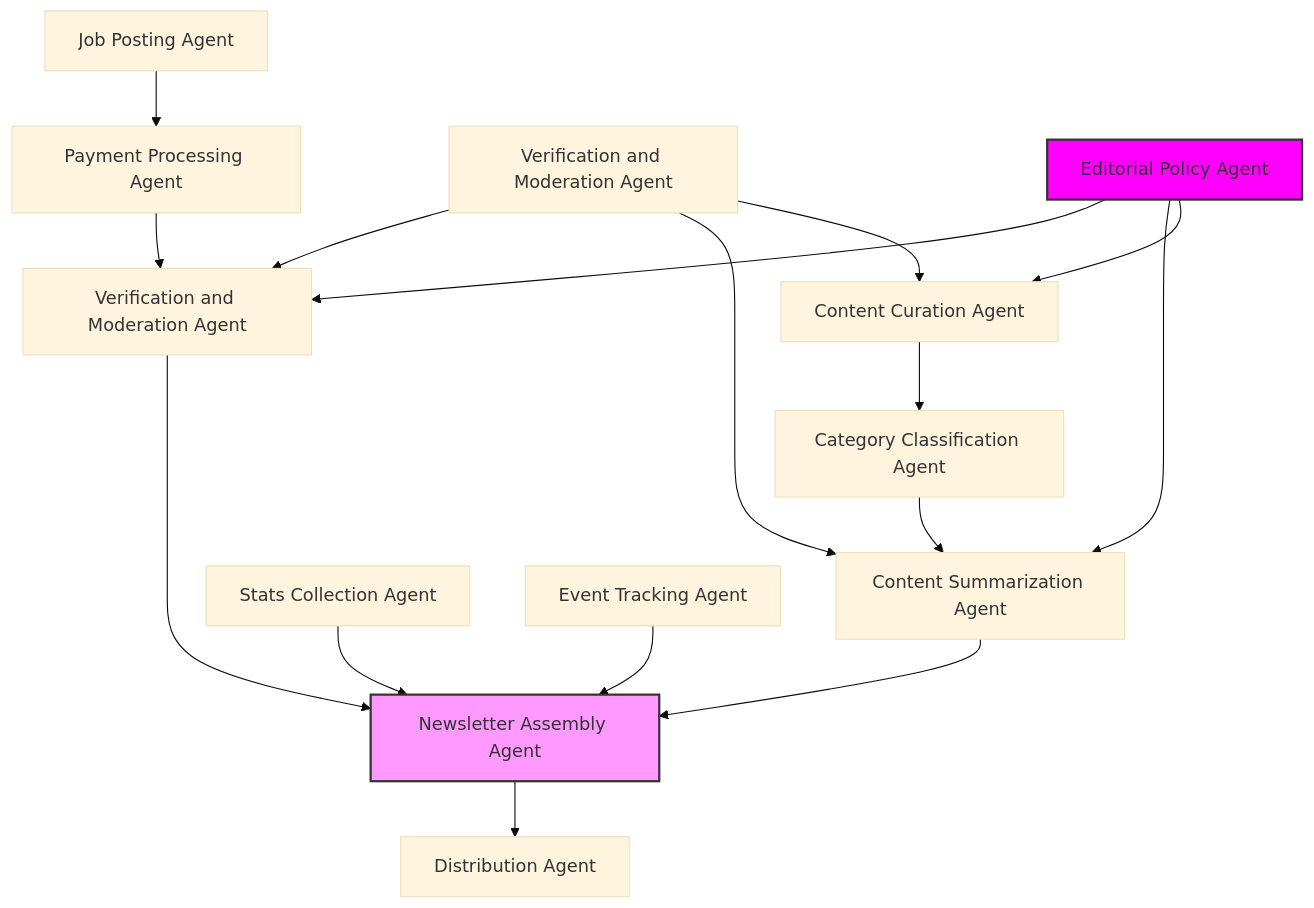
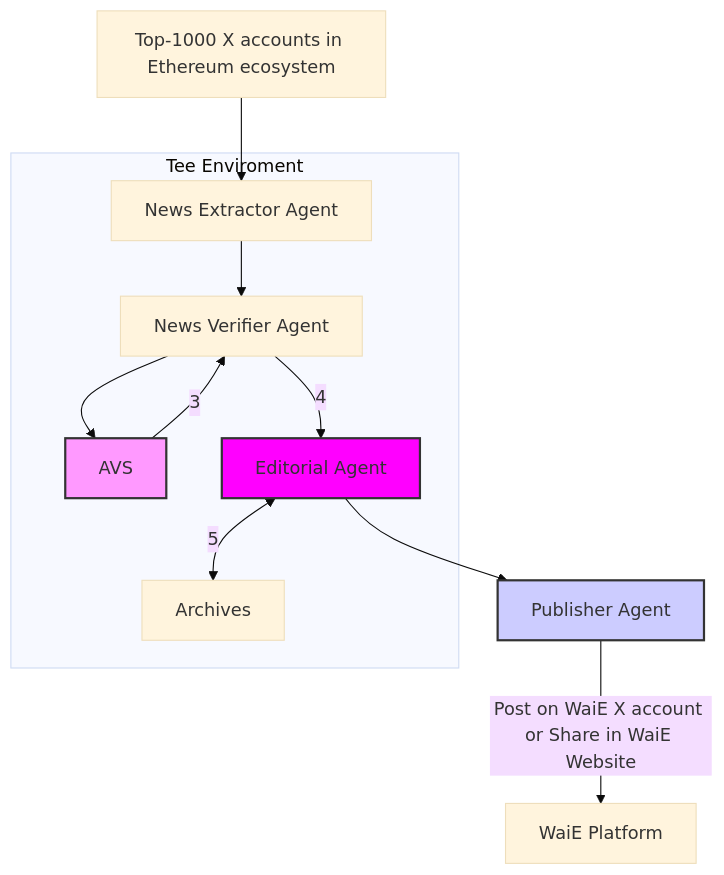
One commit to Agentopians/WeAi changed the diagram in ARCHITECTURE.md. Above: the diagram before and after it, drawn with Mermaid (base theme). The commit also changed other lines of this file, not shown here.

Commit message:
docs: Update ARCHITECTURE.md for new agent architecture

````diff
--- a/ARCHITECTURE.md
+++ b/ARCHITECTURE.md
@@ -5,26 +5,23 @@
 ```mermaid
 graph TD
-    A[Content Curation Agent] --> B[Category Classification Agent]
-    B --> C[Content Summarization Agent]
-    C --> D[Newsletter Assembly Agent]
-
-    E[Job Posting Agent] --> F[Payment Processing Agent]
-    F --> G[Verification and Moderation Agent]
-    G --> D
-
-    H[Stats Collection Agent] --> D
-    I[Event Tracking Agent] --> D
-
-    D --> J[Distribution Agent]
-
-    K[Verification and Moderation Agent] --> A
-    K --> C
-    K --> G
-
-    L[Editorial Policy Agent] --> A
-    L --> C
-    L --> G
+    A[Top-1000 X accounts in Ethereum ecosystem] --> B[News Extractor Agent]
+    B --> C[News Verifier Agent]
+    C --> D[AVS]
+    C -- 4 --> E[Editorial Agent]
+    D -- 3 --> C
+    E <-- 5 --> F[Archives]
+    E --> G[Publisher Agent]
+    G -- Post on WaiE X account or Share in WaiE Website --> H[WaiE Platform]
 
     style D fill:#f9f,stroke:#333,stroke-width:2px
-    style L fill:#f0f,stroke:#333,stroke-width:2px
+    style E fill:#f0f,stroke:#333,stroke-width:2px
+    style G fill:#ccf,stroke:#333,stroke-width:2px
+
+    subgraph "Tee Enviroment"
+    B
+    C
+    D
+    E
+    F
+    end
 ```
````
